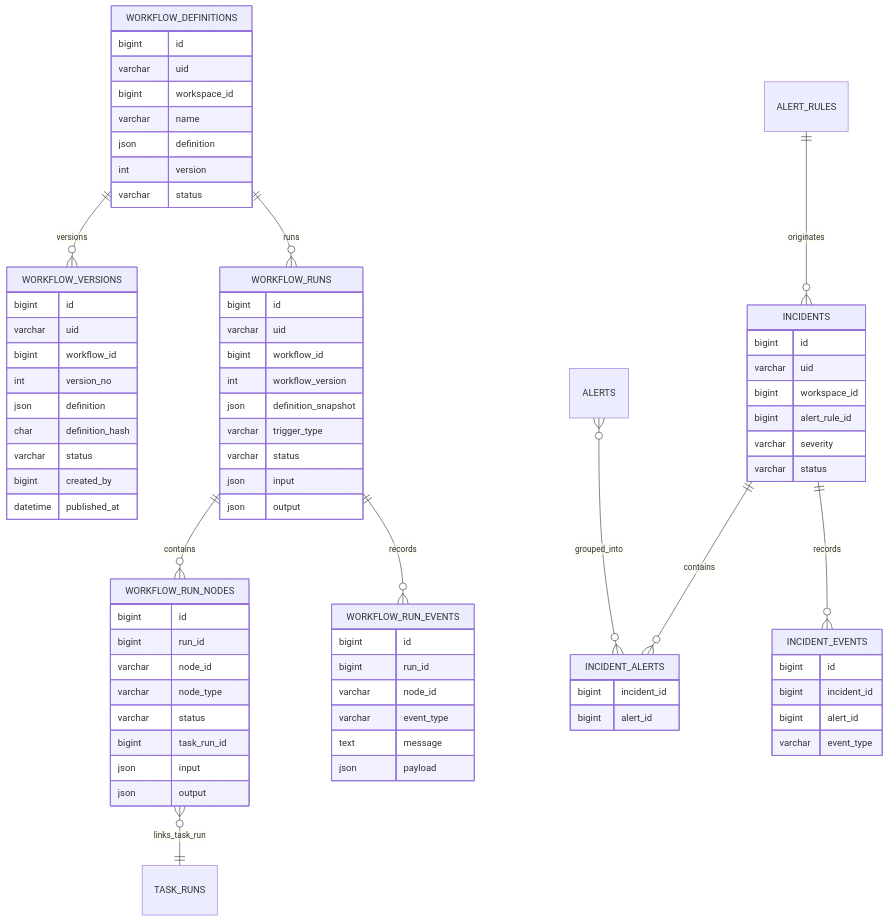
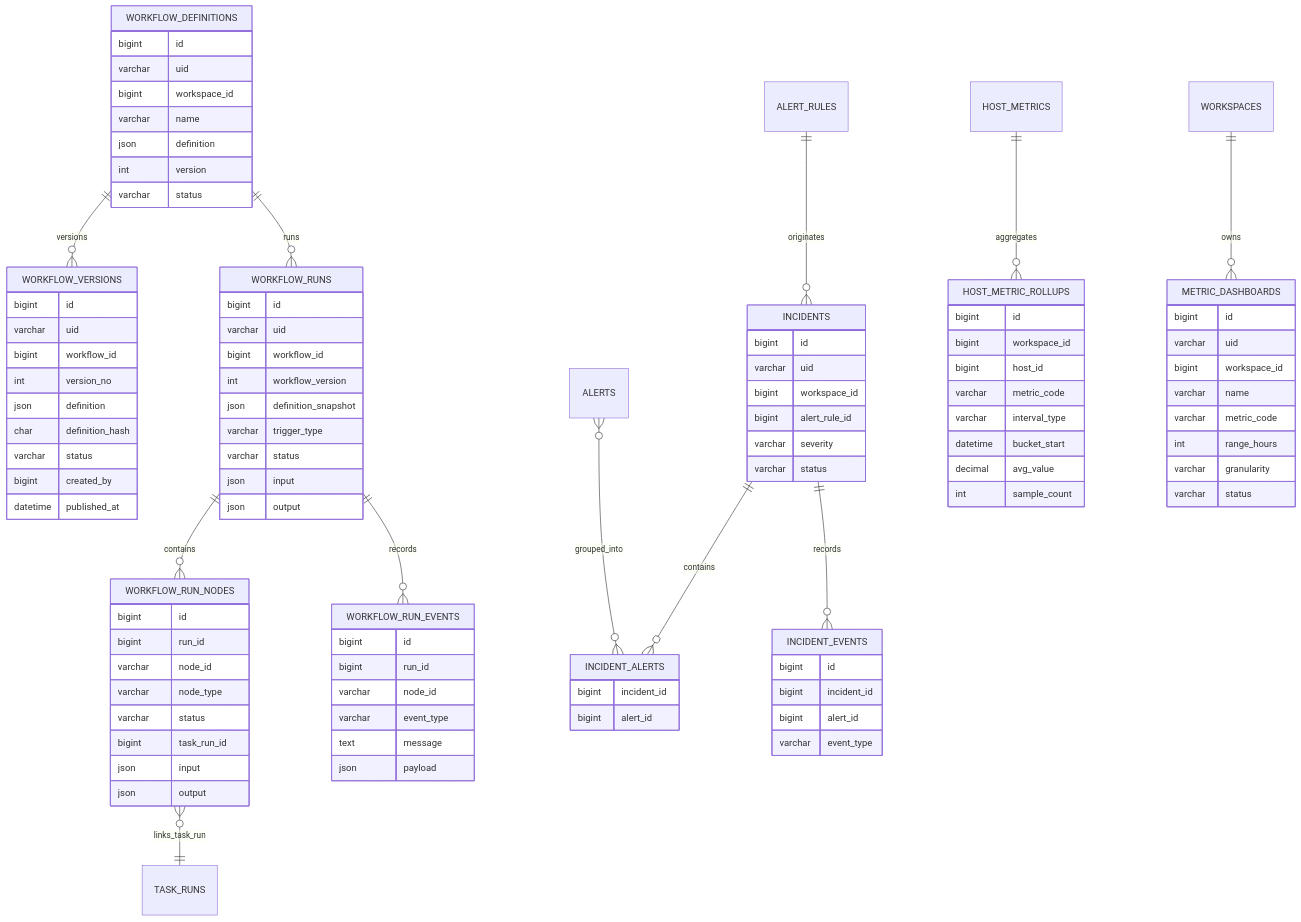
Before and after one commit to Zhenmeng8023/OpsPilot: the fourth of 5 diagrams in docs/UML/core-uml-v1.0-update.en.md, drawn with Mermaid. The commit also changed other lines of this file and 17 other files, not shown here.

````diff
--- a/docs/UML/core-uml-v1.0-update.en.md
+++ b/docs/UML/core-uml-v1.0-update.en.md
@@ -160,6 +164,8 @@
   INCIDENTS ||--o{ INCIDENT_ALERTS : contains
   INCIDENTS ||--o{ INCIDENT_EVENTS : records
   ALERT_RULES ||--o{ INCIDENTS : originates
+  HOST_METRICS ||--o{ HOST_METRIC_ROLLUPS : aggregates
+  WORKSPACES ||--o{ METRIC_DASHBOARDS : owns
 
   WORKFLOW_DEFINITIONS {
     bigint id
@@ -235,4 +241,26 @@
     bigint alert_id
     varchar event_type
   }
+
+  HOST_METRIC_ROLLUPS {
+    bigint id
+    bigint workspace_id
+    bigint host_id
+    varchar metric_code
+    varchar interval_type
+    datetime bucket_start
+    decimal avg_value
+    int sample_count
+  }
+
+  METRIC_DASHBOARDS {
+    bigint id
+    varchar uid
+    bigint workspace_id
+    varchar name
+    varchar metric_code
+    int range_hours
+    varchar granularity
+    varchar status
+  }
 ```
````
